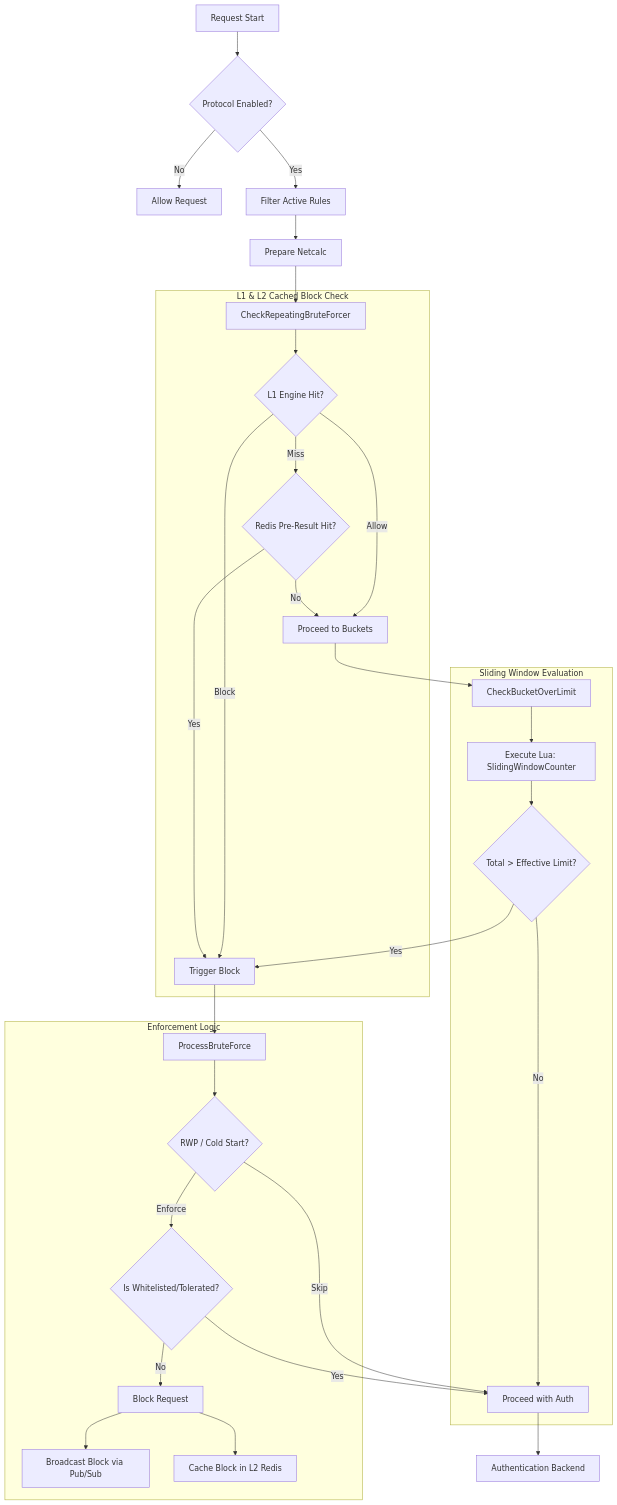
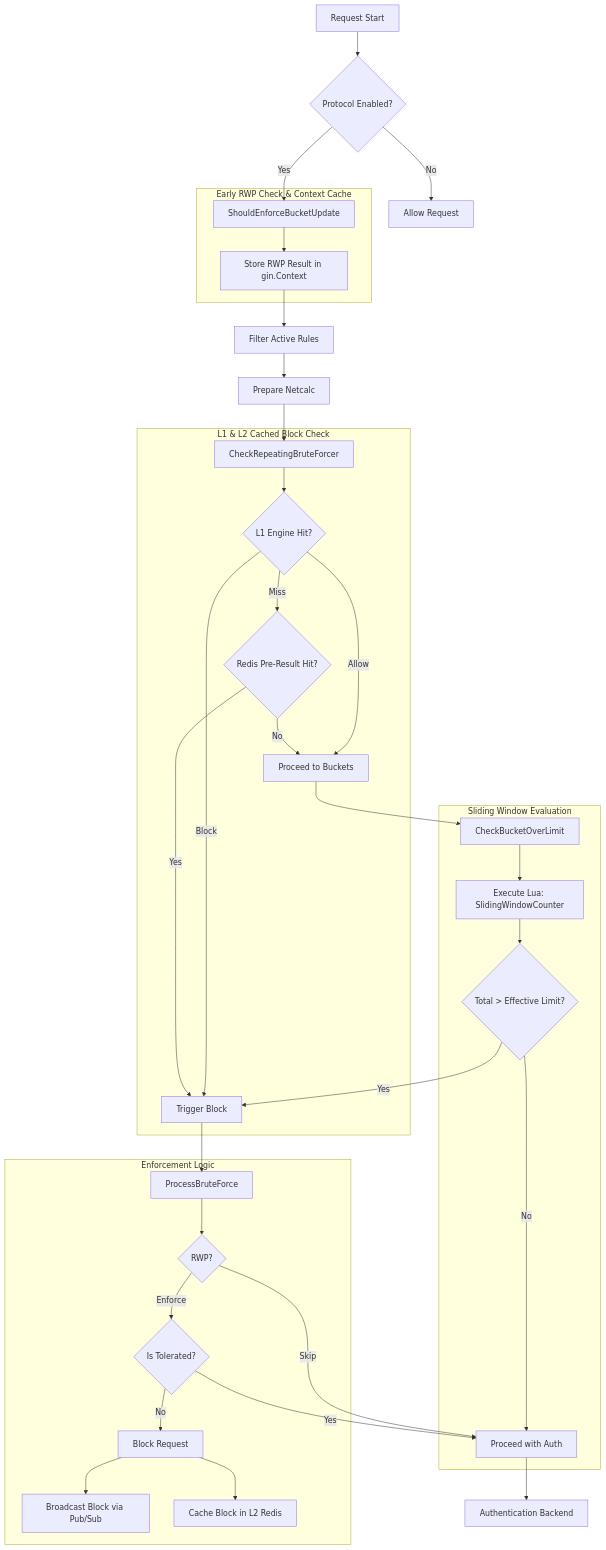
Before and after one commit to croessner/nauthilus: the first of 3 diagrams in server/docs/bruteforce_protection.md, drawn with Mermaid. The commit also changed other lines of this file and 34 other files, not shown here.

First line of the commit message:
Refactor: Simplify Redis pipeline logic and remove unused cold-start grace logic

````diff
--- a/server/docs/bruteforce_protection.md
+++ b/server/docs/bruteforce_protection.md
@@ -33,40 +33,46 @@
 ```mermaid
 flowchart TD
     A[Request Start] --> B{Protocol Enabled?}
     B -- No --> C[Allow Request]
-    B -- Yes --> D[Filter Active Rules]
+    B -- Yes --> RWP_EARLY[ShouldEnforceBucketUpdate]
+
+    subgraph RWP_Cache [Early RWP Check & Context Cache]
+        RWP_EARLY --> RWP_STORE[Store RWP Result in gin.Context]
+    end
+
+    RWP_STORE --> D[Filter Active Rules]
     D --> E[Prepare Netcalc]
     E --> F[CheckRepeatingBruteForcer]
     
     subgraph L1_L2_Check [L1 & L2 Cached Block Check]
         F --> F1{L1 Engine Hit?}
         F1 -- Block --> F2[Trigger Block]
         F1 -- Allow --> F3[Proceed to Buckets]
         F1 -- Miss --> F4{Redis Pre-Result Hit?}
         F4 -- Yes --> F2
         F4 -- No --> F3
     end
     
     F3 --> G[CheckBucketOverLimit]
     
     subgraph Sliding_Window [Sliding Window Evaluation]
         G --> G1[Execute Lua: SlidingWindowCounter]
         G1 --> G2{Total > Effective Limit?}
         G2 -- Yes --> F2
         G2 -- No --> H[Proceed with Auth]
     end
     
     F2 --> I[ProcessBruteForce]
     
     subgraph Enforcement [Enforcement Logic]
-        I --> I1{RWP / Cold Start?}
+        I --> I1{RWP?}
         I1 -- Skip --> H
-        I1 -- Enforce --> I2{Is Whitelisted/Tolerated?}
+        I1 -- Enforce --> I2{Is Tolerated?}
         I2 -- Yes --> H
         I2 -- No --> I3[Block Request]
         I3 --> I4[Broadcast Block via Pub/Sub]
         I3 --> I5[Cache Block in L2 Redis]
     end
     
     H --> J[Authentication Backend]
 ```
````
